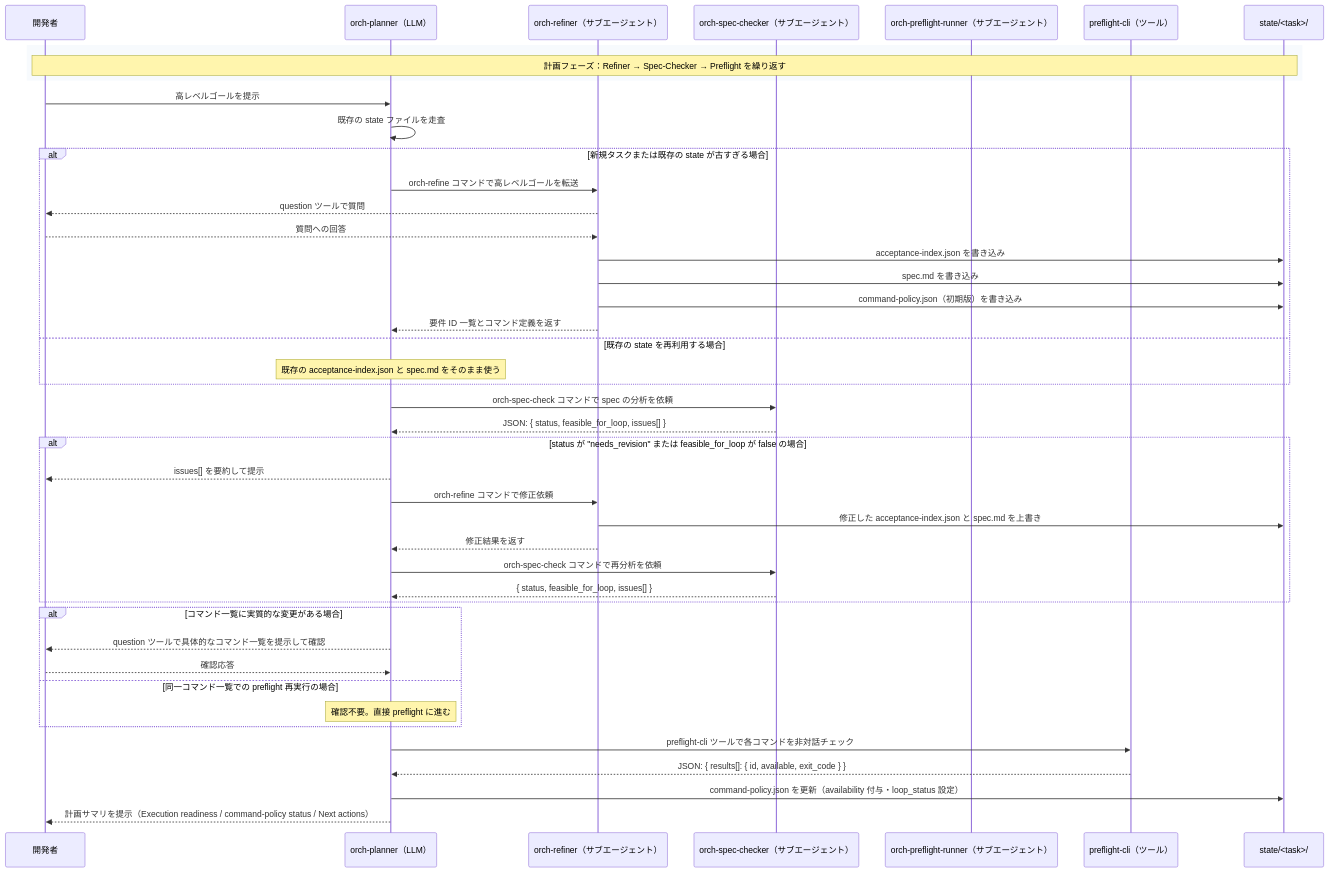
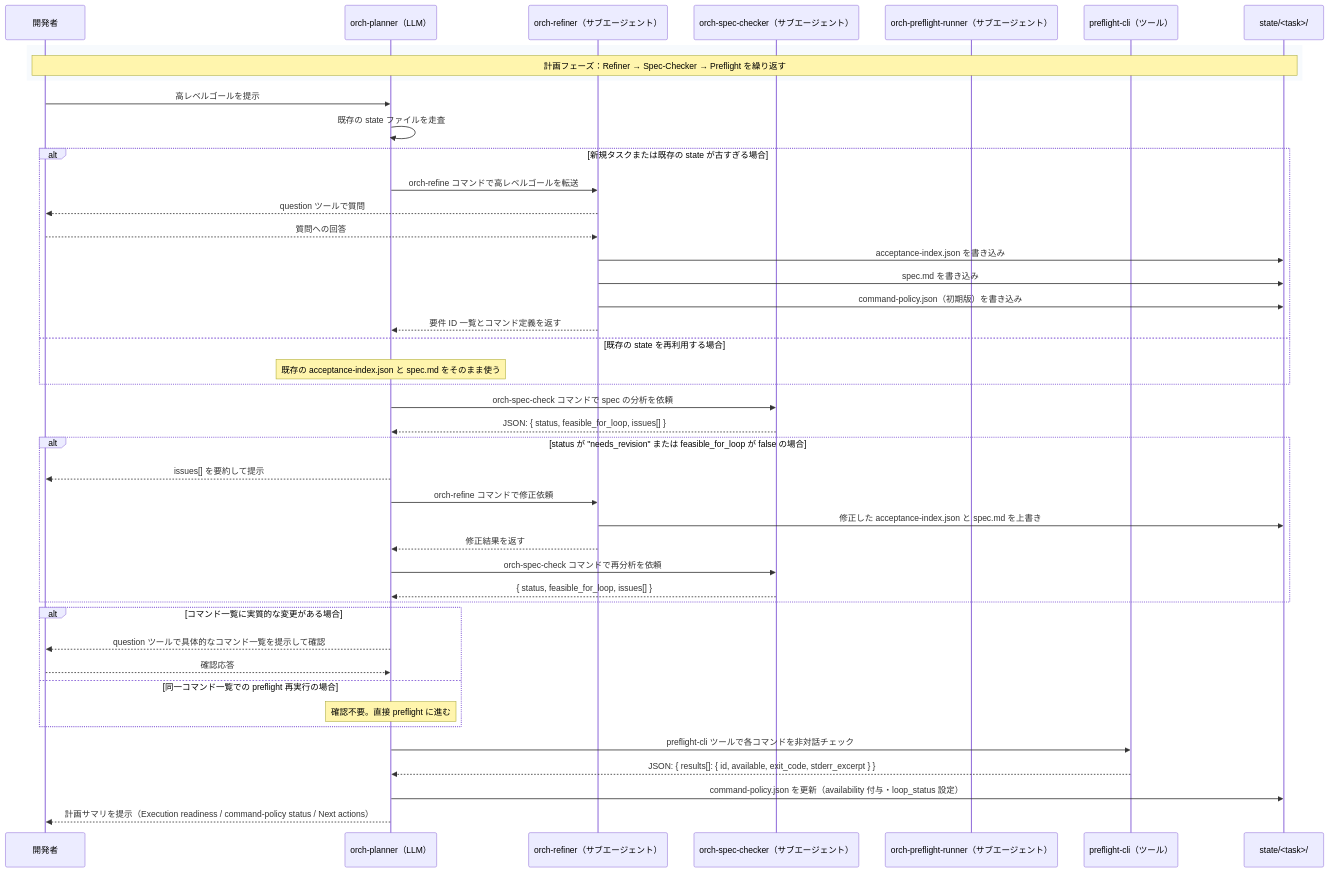
One commit to ZenkakuHiragana/opencode-orchestrator changed the first of 2 diagrams in agent-roles.md. Above: the diagram before and after it, drawn with Mermaid. The commit also changed other lines of this file and 10 other files, not shown here.

First line of the commit message:
fix: align planner/preflight docs and harden audit/preflight handling

````diff
--- a/agent-roles.md
+++ b/agent-roles.md
@@ -53,54 +53,54 @@
 ```mermaid
 sequenceDiagram
     participant Human as 開発者
     participant Planner as orch-planner（LLM）
     participant RefinerAgent as orch-refiner（サブエージェント）
     participant SpecCheckerAgent as orch-spec-checker（サブエージェント）
     participant PreflightAgent as orch-preflight-runner（サブエージェント）
     participant PreflightTool as preflight-cli（ツール）
     participant StateDir as state/<task>/
 
     rect rgba(200, 220, 240, 0.15)
         Note over Human,StateDir: 計画フェーズ：Refiner → Spec-Checker → Preflight を繰り返す
     end
 
     Human->>Planner: 高レベルゴールを提示
     Planner->>Planner: 既存の state ファイルを走査
 
     alt 新規タスクまたは既存の state が古すぎる場合
         Planner->>RefinerAgent: orch-refine コマンドで高レベルゴールを転送
         RefinerAgent-->>Human: question ツールで質問
         Human-->>RefinerAgent: 質問への回答
         RefinerAgent->>StateDir: acceptance-index.json を書き込み
         RefinerAgent->>StateDir: spec.md を書き込み
         RefinerAgent->>StateDir: command-policy.json（初期版）を書き込み
         RefinerAgent-->>Planner: 要件 ID 一覧とコマンド定義を返す
     else 既存の state を再利用する場合
         Note over Planner: 既存の acceptance-index.json と spec.md をそのまま使う
     end
 
     Planner->>SpecCheckerAgent: orch-spec-check コマンドで spec の分析を依頼
     SpecCheckerAgent-->>Planner: JSON: { status, feasible_for_loop, issues[] }
 
     alt status が "needs_revision" または feasible_for_loop が false の場合
         Planner-->>Human: issues[] を要約して提示
         Planner->>RefinerAgent: orch-refine コマンドで修正依頼
         RefinerAgent->>StateDir: 修正した acceptance-index.json と spec.md を上書き
         RefinerAgent-->>Planner: 修正結果を返す
         Planner->>SpecCheckerAgent: orch-spec-check コマンドで再分析を依頼
         SpecCheckerAgent-->>Planner: { status, feasible_for_loop, issues[] }
     end
 
     alt コマンド一覧に実質的な変更がある場合
         Planner-->>Human: question ツールで具体的なコマンド一覧を提示して確認
         Human-->>Planner: 確認応答
     else 同一コマンド一覧での preflight 再実行の場合
         Note over Planner: 確認不要。直接 preflight に進む
     end
 
     Planner->>PreflightTool: preflight-cli ツールで各コマンドを非対話チェック
-    PreflightTool-->>Planner: JSON: { results[]: { id, available, exit_code } }
+    PreflightTool-->>Planner: JSON: { results[]: { id, available, exit_code, stderr_excerpt } }
 
     Planner->>StateDir: command-policy.json を更新（availability 付与・loop_status 設定）
     Planner-->>Human: 計画サマリを提示（Execution readiness / command-policy status / Next actions）
 ```
````
